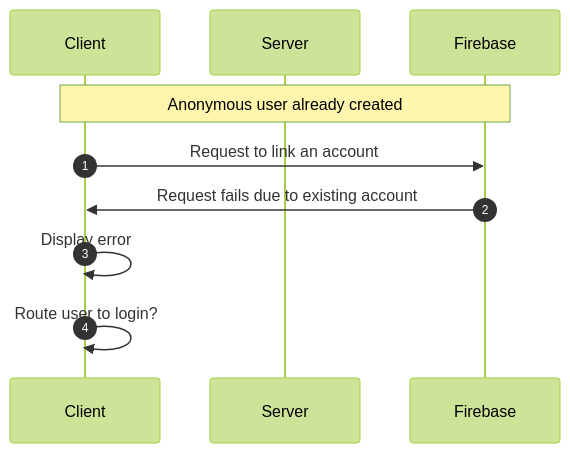
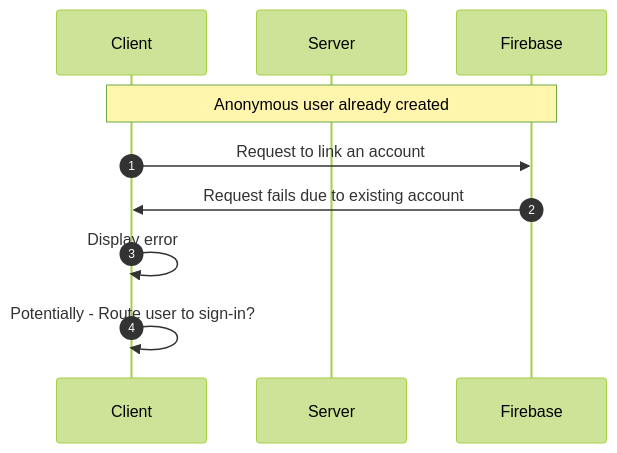
The fifth of 5 diagrams in README.md (matthova/nextjs-firebase-server-cookies), drawn with Mermaid (forest theme) before and after one commit. The commit also changed other lines of this file and 10 other files, not shown here.

````diff
--- a/README.md
+++ b/README.md
@@ -156,12 +159,12 @@
 ```mermaid
 sequenceDiagram
     autonumber
     participant A as Client
     participant B as Server
     participant C as Firebase
     Note over A,C: Anonymous user already created
     A->>C: Request to link an account
     C->>A: Request fails due to existing account
     A->>A: Display error
-    A->>A: Route user to login?
+    A->>A: Potentially - Route user to sign-in?
 ```
````
